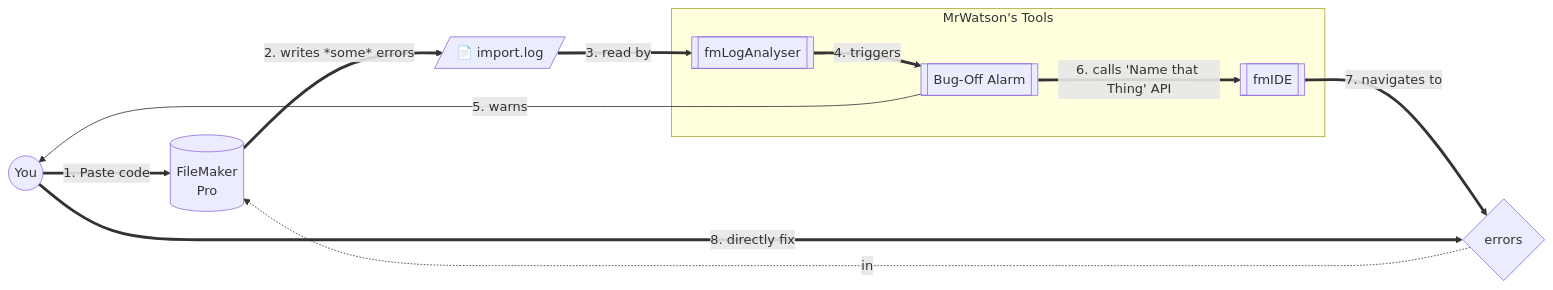
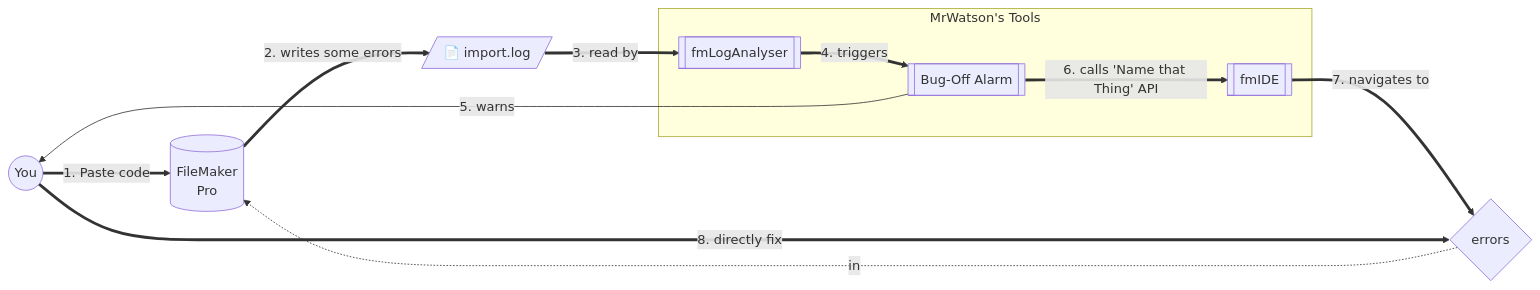
The fourth of 5 diagrams in did-that-just-break.md (mrwatson-de/fmworkmate.github.io), drawn with Mermaid before and after one commit. The commit also changed other lines of this file, not shown here.

Commit message:
Text and diagrammes tweaked

````diff
--- a/did-that-just-break.md
+++ b/did-that-just-break.md
@@ -235,29 +240,29 @@
     ```mermaid
     ---
     config:
     layout: elk
     ---
     flowchart LR
         You((You))
         FMP[("FileMaker
         Pro")]
         log[/"📄 import.log"/]
         errors{"errors"}
 
         You == "1. Paste code"         ==> FMP
-        FMP == "2. writes *some* errors" ==> log
+        FMP == "2. writes some errors" ==> log
 
         subgraph mrwatsons-tools["MrWatson's Tools"]
             fmLA[["fmLogAnalyser"]]
             alarm[["Bug-Off Alarm"]]
             fmIDE[["fmIDE"]]
         end
 
         log    == "3. read by"      ==> fmLA
         fmLA   == "4. triggers"     ==> alarm
         alarm  -- "5. warns"        --> You
         alarm  == "6. calls 'Name that Thing' API" ==> fmIDE
         fmIDE  == "7. navigates to" ==> errors
         errors -. "in"              .-> FMP
         You    == "8. directly fix" ==> errors
     ```
````
